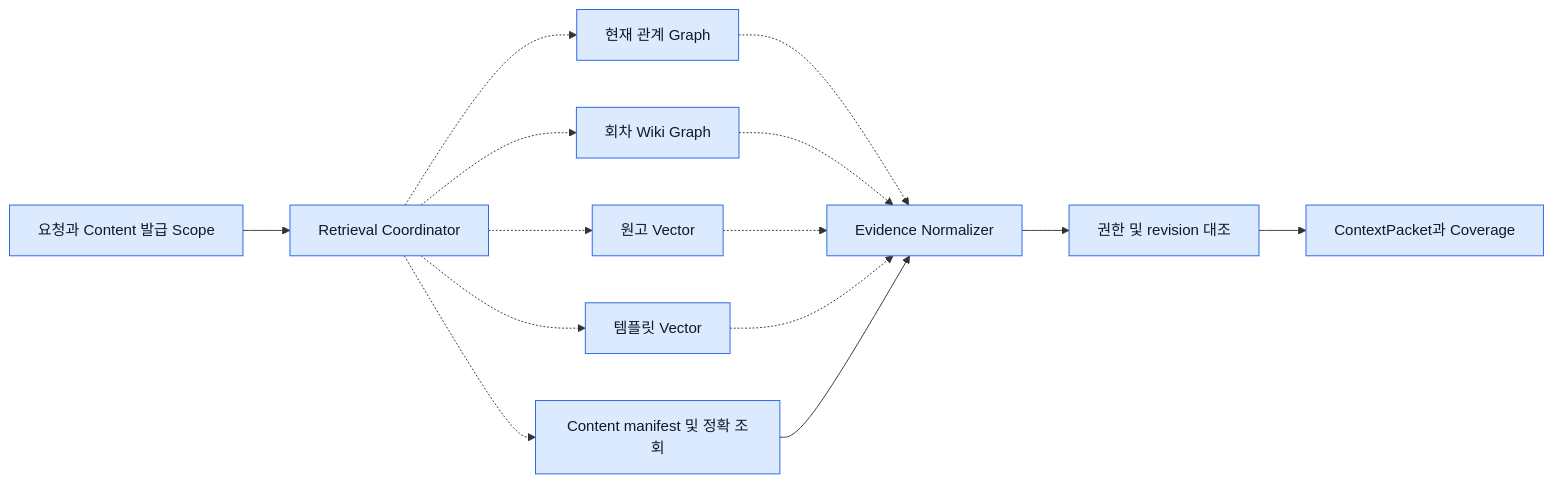
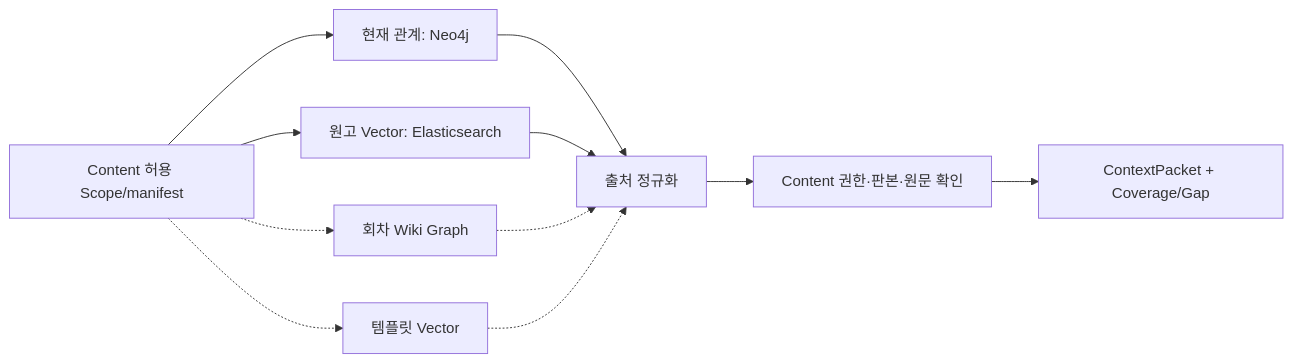
Before and after one commit to SKNETWORKS-FAMILY-AICAMP/SKN34-FINAL-4TEAM: the diagram in docs/writing-ai-architecture/07-retrieval-contract-and-mocks.md, drawn with Mermaid. The commit also changed other lines of this file and 7 other files, not shown here.

````diff
--- a/docs/writing-ai-architecture/07-retrieval-contract-and-mocks.md
+++ b/docs/writing-ai-architecture/07-retrieval-contract-and-mocks.md
@@ -7,17 +5,13 @@
-```mermaid
+~~~mermaid
 flowchart LR
-    A[요청과 Content 발급 Scope] --> C[Retrieval Coordinator]
-    C -.-> R[현재 관계 Graph]
-    C -.-> W[회차 Wiki Graph]
-    C -.-> M[원고 Vector]
-    C -.-> T[템플릿 Vector]
-    R -.-> V[Evidence Normalizer]
-    W -.-> V
-    M -.-> V
-    T -.-> V
-    C -.-> S[Content manifest 및 정확 조회]
-    S --> V
-    V --> X[권한 및 revision 대조]
-    X --> P[ContextPacket과 Coverage]
-    classDef default fill:#dbeafe,stroke:#2563eb,color:#111827
-```
+  S[Content 허용 Scope/manifest] --> R[현재 관계: Neo4j]
+  S --> M[원고 Vector: Elasticsearch]
+  S -.-> W[회차 Wiki Graph]
+  S -.-> T[템플릿 Vector]
+  R --> N[출처 정규화]
+  M --> N
+  W -.-> N
+  T -.-> N
+  N --> V[Content 권한·판본·원문 확인]
+  V --> C[ContextPacket + Coverage/Gap]
+~~~
````
